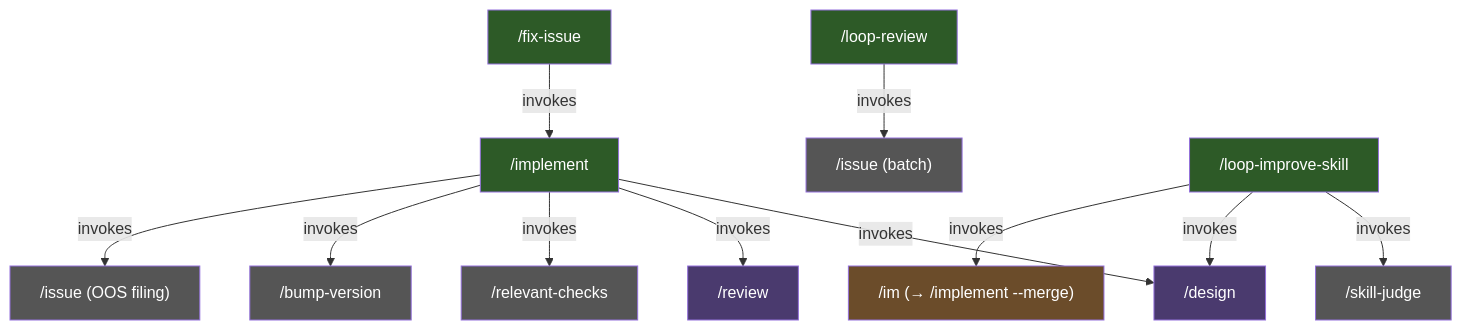
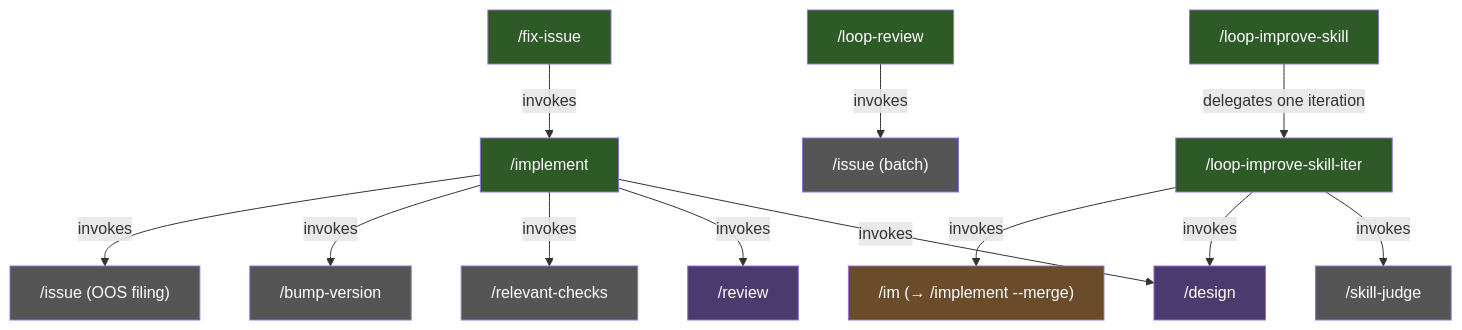
One commit to zhupanov/claudin changed the first of 3 diagrams in docs/workflow-lifecycle.md. Above: the diagram before and after it, drawn with Mermaid. The commit also changed other lines of this file and 13 other files, not shown here.

First line of the commit message:
Fix /loop-improve-skill halt: split outer + /loop-improve-skill-iter with mechanical gate (#231) (#243)

````diff
--- a/docs/workflow-lifecycle.md
+++ b/docs/workflow-lifecycle.md
@@ -9,26 +9,28 @@
 ```mermaid
 graph TD
     IMPLEMENT["/implement"] -->|invokes| DESIGN["/design"]
     IMPLEMENT -->|invokes| REVIEW["/review"]
     IMPLEMENT -->|invokes| CHECKS["/relevant-checks"]
     IMPLEMENT -->|invokes| BUMP["/bump-version"]
     IMPLEMENT -->|invokes| ISSUE_OOS["/issue (OOS filing)"]
     LOOP["/loop-review"] -->|invokes| ISSUE["/issue (batch)"]
     FIX["/fix-issue"] -->|invokes| IMPLEMENT
-    LOOP_IMPROVE["/loop-improve-skill"] -->|invokes| SKILL_JUDGE["/skill-judge"]
-    LOOP_IMPROVE -->|invokes| DESIGN
-    LOOP_IMPROVE -->|invokes| IM_ALIAS["/im (→ /implement --merge)"]
+    LOOP_IMPROVE["/loop-improve-skill"] -->|delegates one iteration| LOOP_IMPROVE_ITER["/loop-improve-skill-iter"]
+    LOOP_IMPROVE_ITER -->|invokes| SKILL_JUDGE["/skill-judge"]
+    LOOP_IMPROVE_ITER -->|invokes| DESIGN
+    LOOP_IMPROVE_ITER -->|invokes| IM_ALIAS["/im (→ /implement --merge)"]
 
     style IMPLEMENT fill:#2d5a27,color:#fff
     style LOOP fill:#2d5a27,color:#fff
     style FIX fill:#2d5a27,color:#fff
     style LOOP_IMPROVE fill:#2d5a27,color:#fff
+    style LOOP_IMPROVE_ITER fill:#2d5a27,color:#fff
     style DESIGN fill:#4a3a6e,color:#fff
     style REVIEW fill:#4a3a6e,color:#fff
     style CHECKS fill:#555,color:#fff
     style BUMP fill:#555,color:#fff
     style ISSUE fill:#555,color:#fff
     style ISSUE_OOS fill:#555,color:#fff
     style SKILL_JUDGE fill:#555,color:#fff
     style IM_ALIAS fill:#6b4c2a,color:#fff
 ```
````
